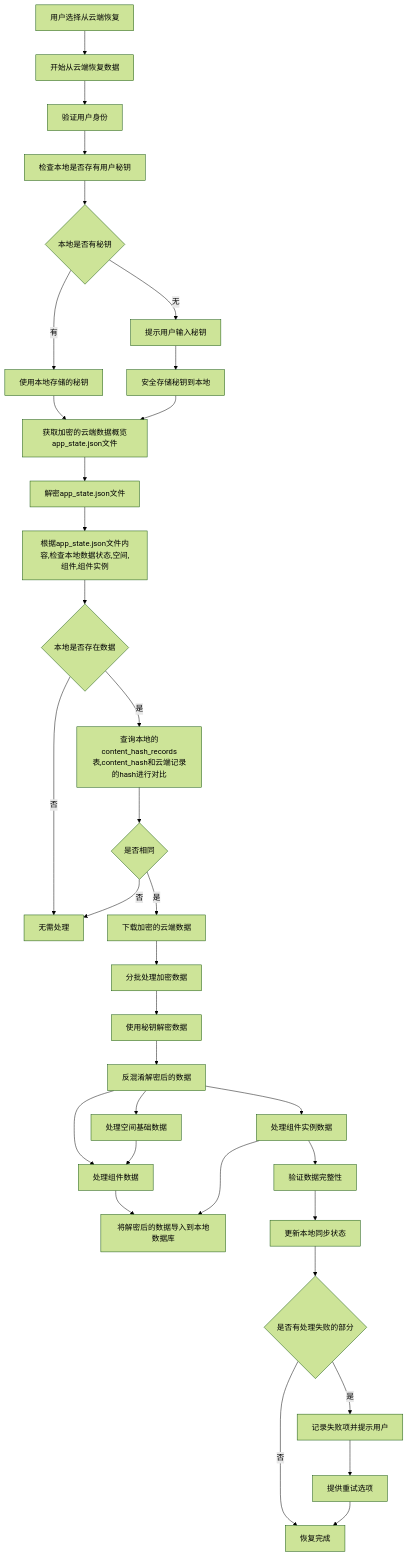
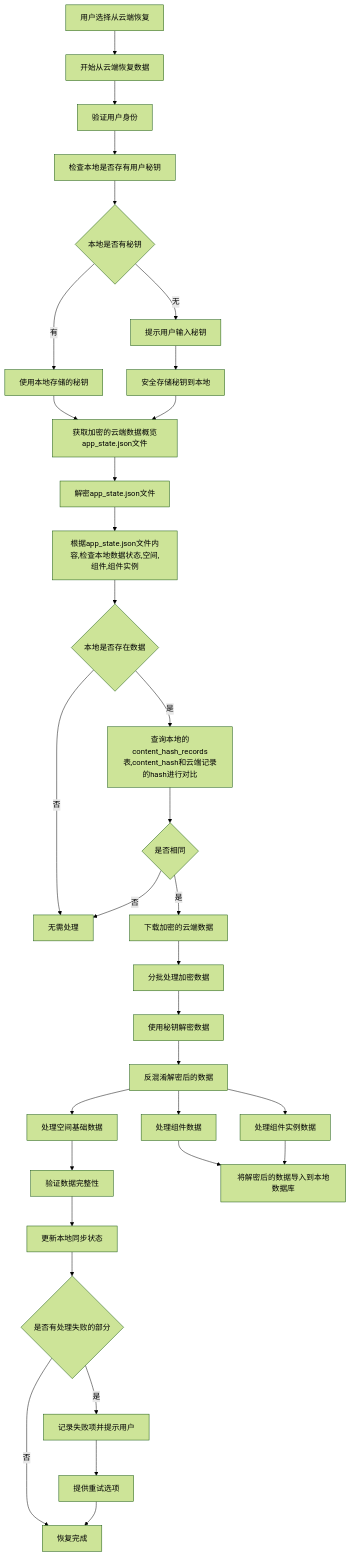
One commit to yingjianzh/iodraw-files changed the diagram in all/未命名-44.md. Above: the diagram before and after it, drawn with Mermaid (forest theme).

Commit message:
2025-04-27 14:40:10 update

````diff
--- a/all/未命名-44.md
+++ b/all/未命名-44.md
@@ -1,50 +1,48 @@
 ```mermaid
 flowchart TD
     A[用户选择从云端恢复] --> B[开始从云端恢复数据]
     B --> C[验证用户身份]
     
     C --> D[检查本地是否存有用户秘钥]
     D --> E{本地是否有秘钥}
     
     E -->|有| F1[使用本地存储的秘钥]
     E -->|无| F2[提示用户输入秘钥]
     F2 --> F7[安全存储秘钥到本地]
     
     F1 --> G[获取加密的云端数据概览app_state.json文件]
     F7 --> G
     
     G --> H[解密app_state.json文件]
     H --> J[根据app_state.json文件内容,检查本地数据状态,空间,组件,组件实例]
     J --> K{本地是否存在数据}
     
     K -->|否| L1[无需处理]
     K -->|是| L2[查询本地的content_hash_records表,content_hash和云端记录的hash进行对比]
     L2 -->  M{是否相同}
 
     M -->|否| L1
     M -->|是| N[下载加密的云端数据]
     
     N --> S[分批处理加密数据]
     S --> T[使用秘钥解密数据]
     T --> U[反混淆解密后的数据]
     
     U --> V1[处理空间基础数据]
     U --> V2[处理组件数据]
     U --> V3[处理组件实例数据]
 
-    V3 --> X[验证数据完整性]
-
-    V1 --> 
+    V1 --> X[验证数据完整性]
     V2 --> W
     V3 --> W
     W[将解密后的数据导入到本地数据库]
     
     X --> Y[更新本地同步状态]
     
     Y --> Z{是否有处理失败的部分}
     Z -->|是| AA[记录失败项并提示用户]
     Z -->|否| AB[恢复完成]
     
     AA --> AC[提供重试选项]
     AC --> AB
 ```
````
